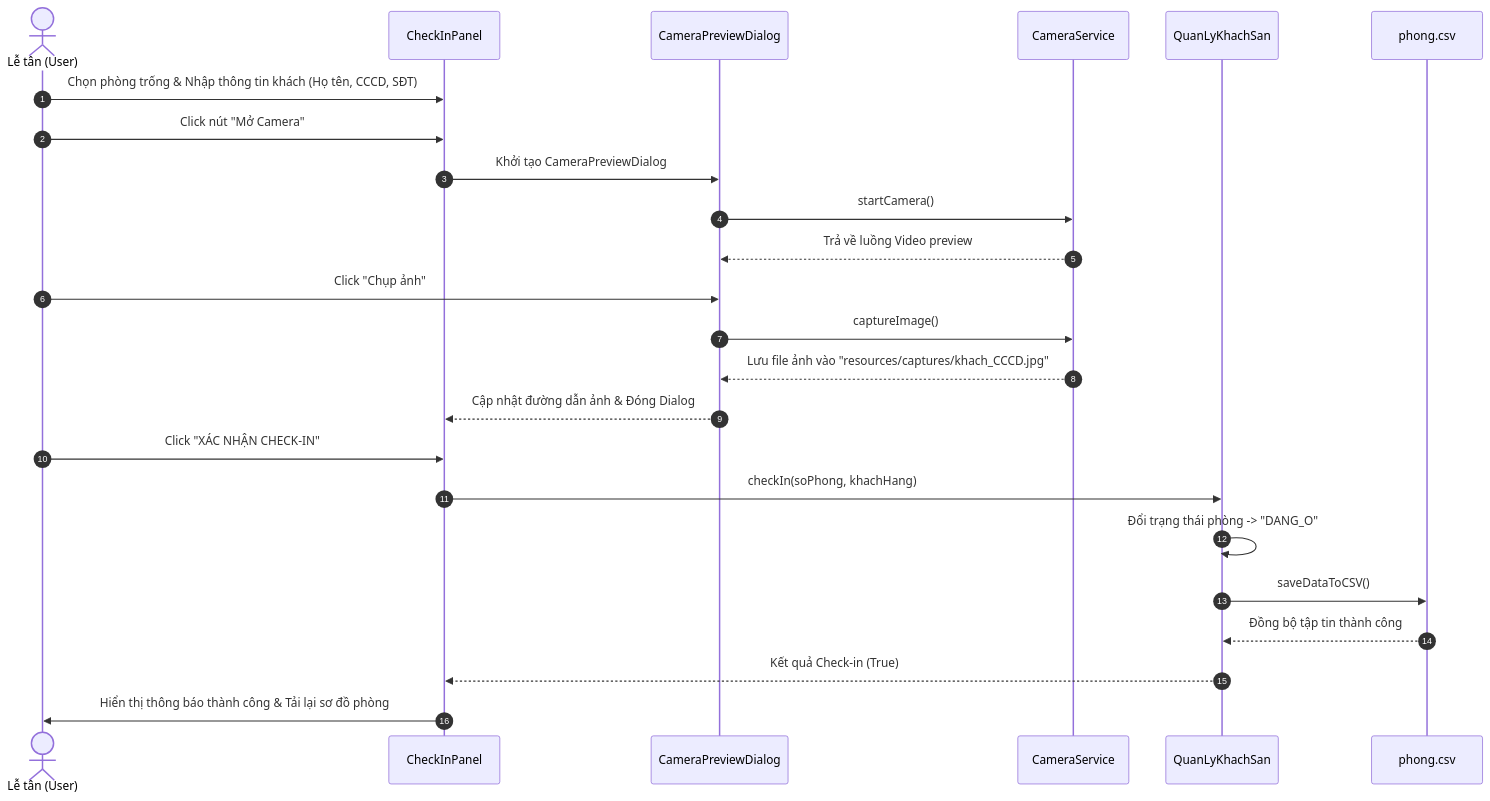
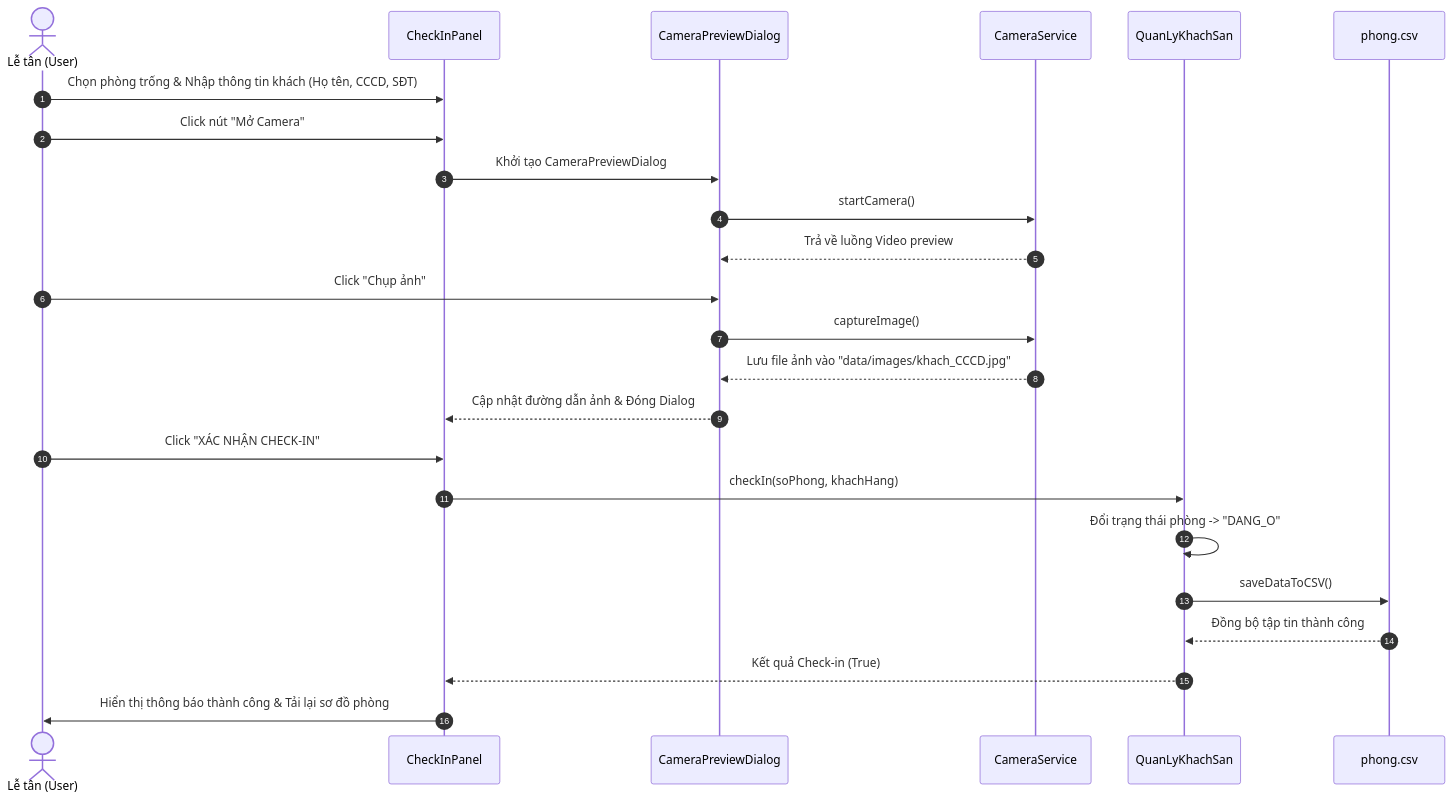
Before and after one commit to NNTTuan/HotelBookingSystem: the diagram in docs/diagrams/sequence_checkin.mmd, drawn with Mermaid. The commit also changed 4 other files, not shown here.

Commit message:
edit sequence_checkin.mmd, PhongKhachSan.java, CheckOutPanel.java, QuanLyKhachSan.class

```diff
--- a/docs/diagrams/sequence_checkin.mmd
+++ b/docs/diagrams/sequence_checkin.mmd
@@ -1,27 +1,27 @@
 sequenceDiagram
     autonumber
     actor Staff as Lễ tân (User)
     participant UI as CheckInPanel
     participant CamDlg as CameraPreviewDialog
     participant CamSvc as CameraService
     participant QLKS as QuanLyKhachSan
     participant File as phong.csv
 
     Staff->>UI: Chọn phòng trống & Nhập thông tin khách (Họ tên, CCCD, SĐT)
     Staff->>UI: Click nút "Mở Camera"
     UI->>CamDlg: Khởi tạo CameraPreviewDialog
     CamDlg->>CamSvc: startCamera()
     CamSvc-->>CamDlg: Trả về luồng Video preview
     
     Staff->>CamDlg: Click "Chụp ảnh"
     CamDlg->>CamSvc: captureImage()
-    CamSvc-->>CamDlg: Lưu file ảnh vào "resources/captures/khach_CCCD.jpg"
+    CamSvc-->>CamDlg: Lưu file ảnh vào "data/images/khach_CCCD.jpg"
     CamDlg-->>UI: Cập nhật đường dẫn ảnh & Đóng Dialog
     
     Staff->>UI: Click "XÁC NHẬN CHECK-IN"
     UI->>QLKS: checkIn(soPhong, khachHang)
     QLKS->>QLKS: Đổi trạng thái phòng -> "DANG_O"
     QLKS->>File: saveDataToCSV()
     File-->>QLKS: Đồng bộ tập tin thành công
     QLKS-->>UI: Kết quả Check-in (True)
     UI->>Staff: Hiển thị thông báo thành công & Tải lại sơ đồ phòng
```
